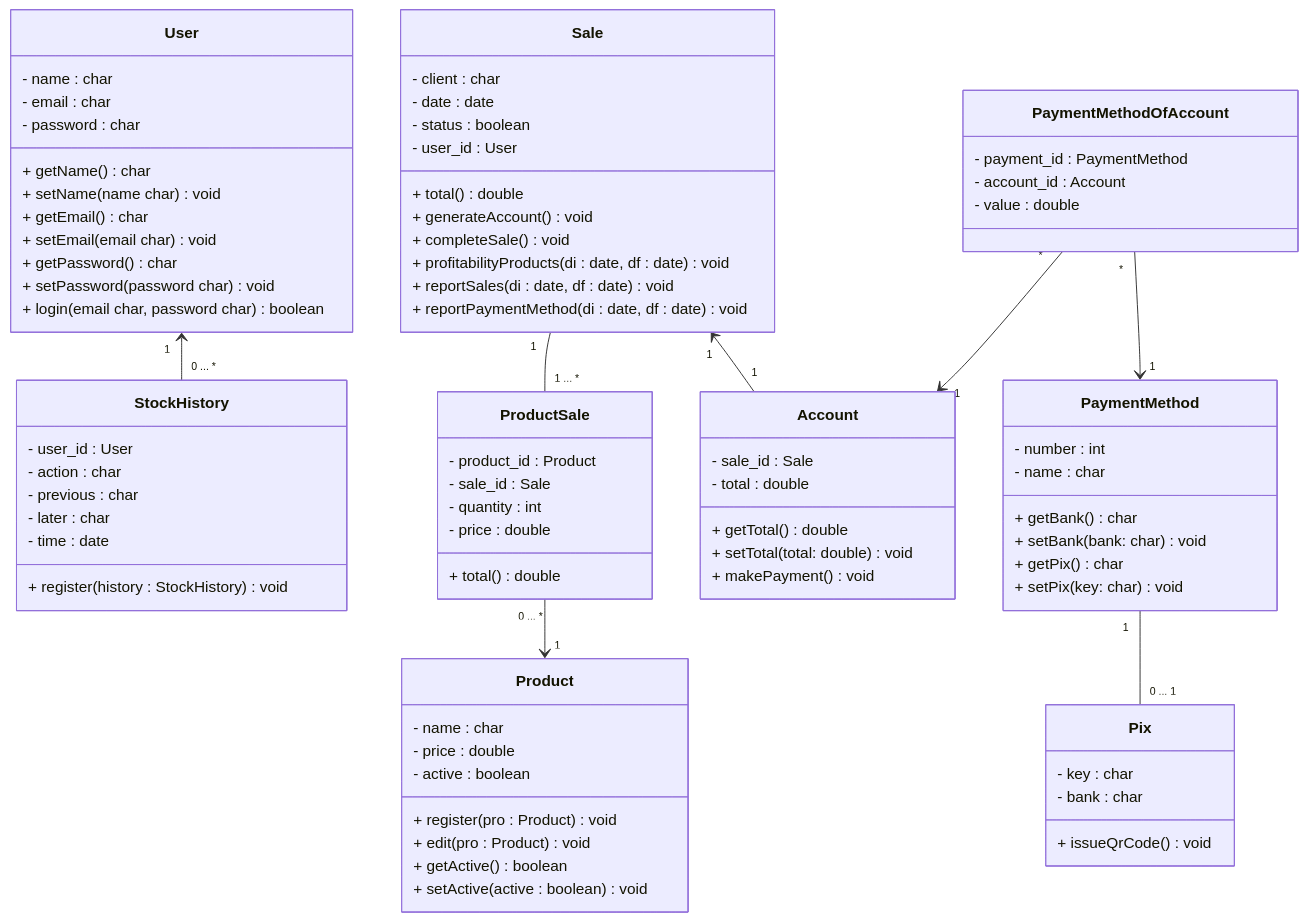
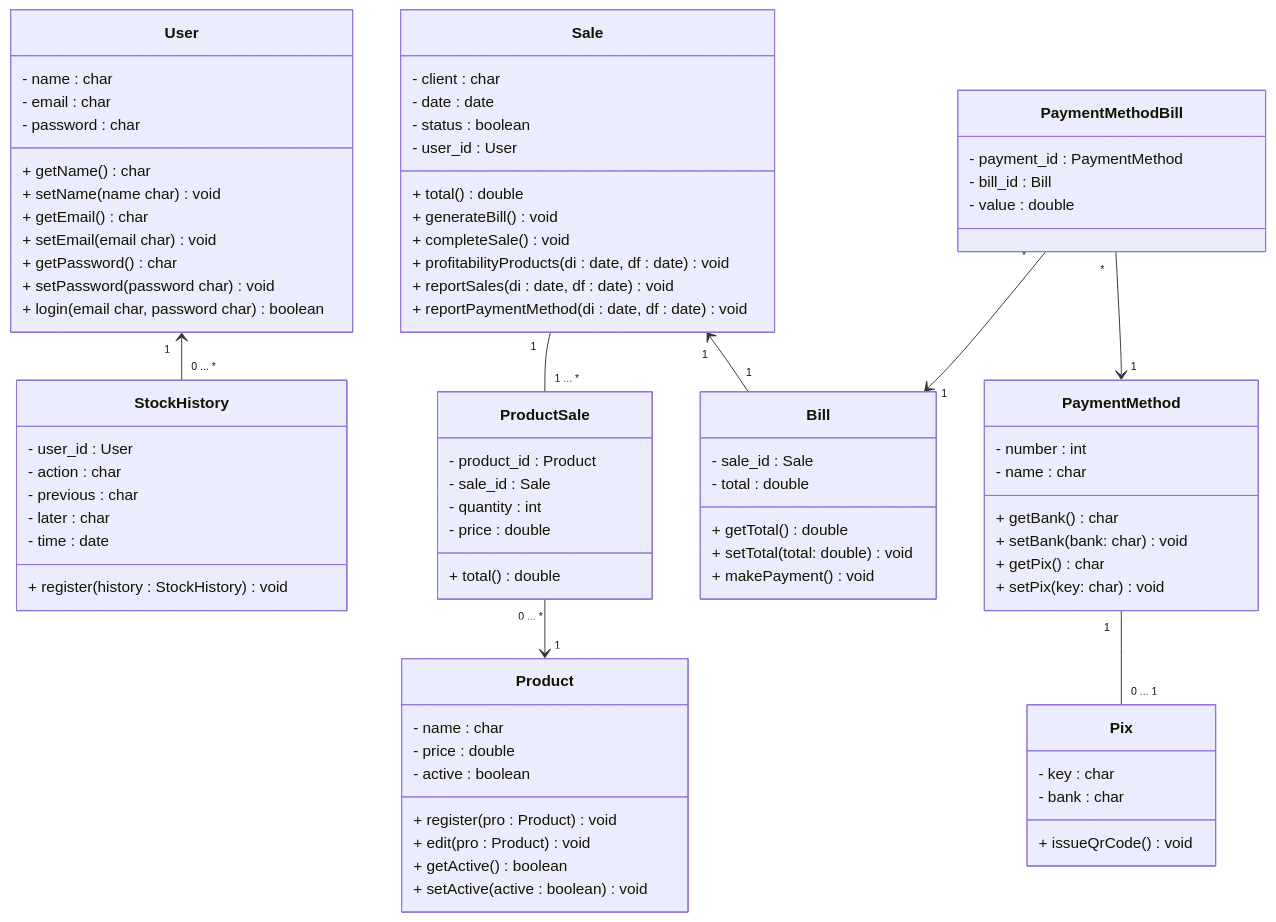
The first of 2 diagrams in docs/doc_modelo.md (vitordaniel31/sisvenda), drawn with Mermaid before and after one commit. The commit also changed other lines of this file, not shown here.

````diff
--- a/docs/doc_modelo.md
+++ b/docs/doc_modelo.md
@@ -52,22 +52,22 @@
         - status : boolean
         - user_id : User
         + total() double
-        + generateAccount() void
+        + generateBill() void
         + completeSale() void
         + profitabilityProducts(di : date, df : date) void
         + reportSales(di : date, df : date) void
         + reportPaymentMethod(di : date, df : date) void
     }
-    class Account{
+    class Bill{
         - sale_id : Sale
         - total : double
         + getTotal() double
         + setTotal(total: double) void
         + makePayment() void
     }
-    class PaymentMethodOfAccount{
+    class PaymentMethodBill{
         - payment_id : PaymentMethod
-        - account_id : Account
+        - bill_id : Bill
         - value : double
     }
     class PaymentMethod{
@@ -86,8 +86,8 @@
     User "1" <-- "0 ... *" StockHistory
     ProductSale "0 ... *" --> "1" Product
     Sale "1" -- "1 ... *" ProductSale
-    Sale "1" <-- "1" Account
-    PaymentMethodOfAccount "*" --> "1" Account
-    PaymentMethodOfAccount "*" --> "1" PaymentMethod
+    Sale "1" <-- "1" Bill
+    PaymentMethodBill "*" --> "1" Bill
+    PaymentMethodBill "*" --> "1" PaymentMethod
     PaymentMethod "1" -- "0 ... 1" Pix
 ```
````
